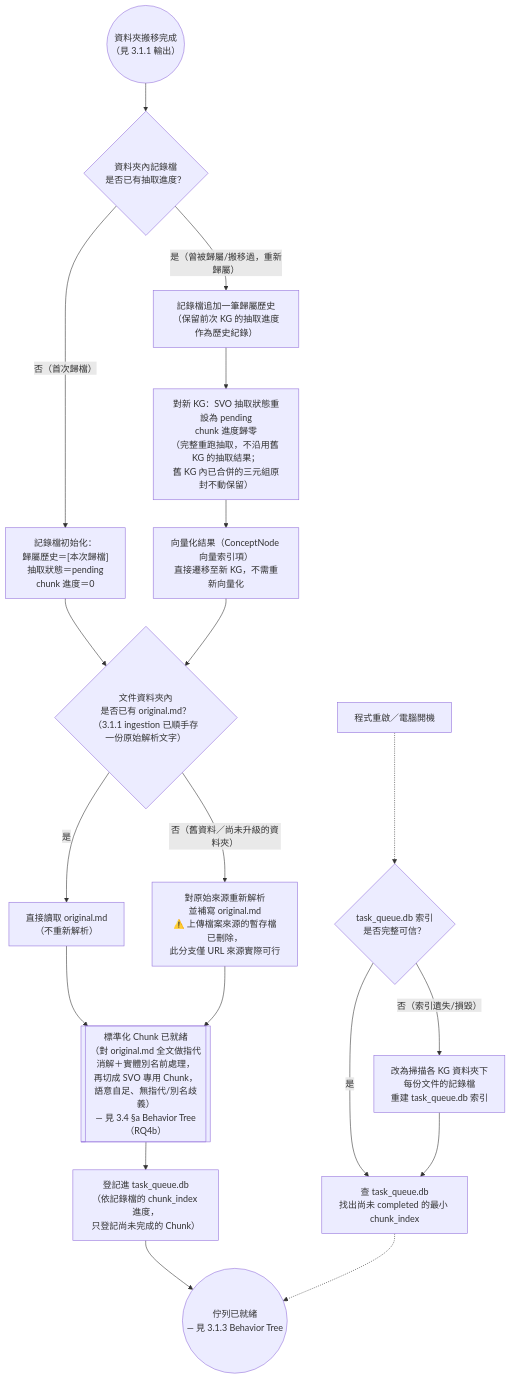
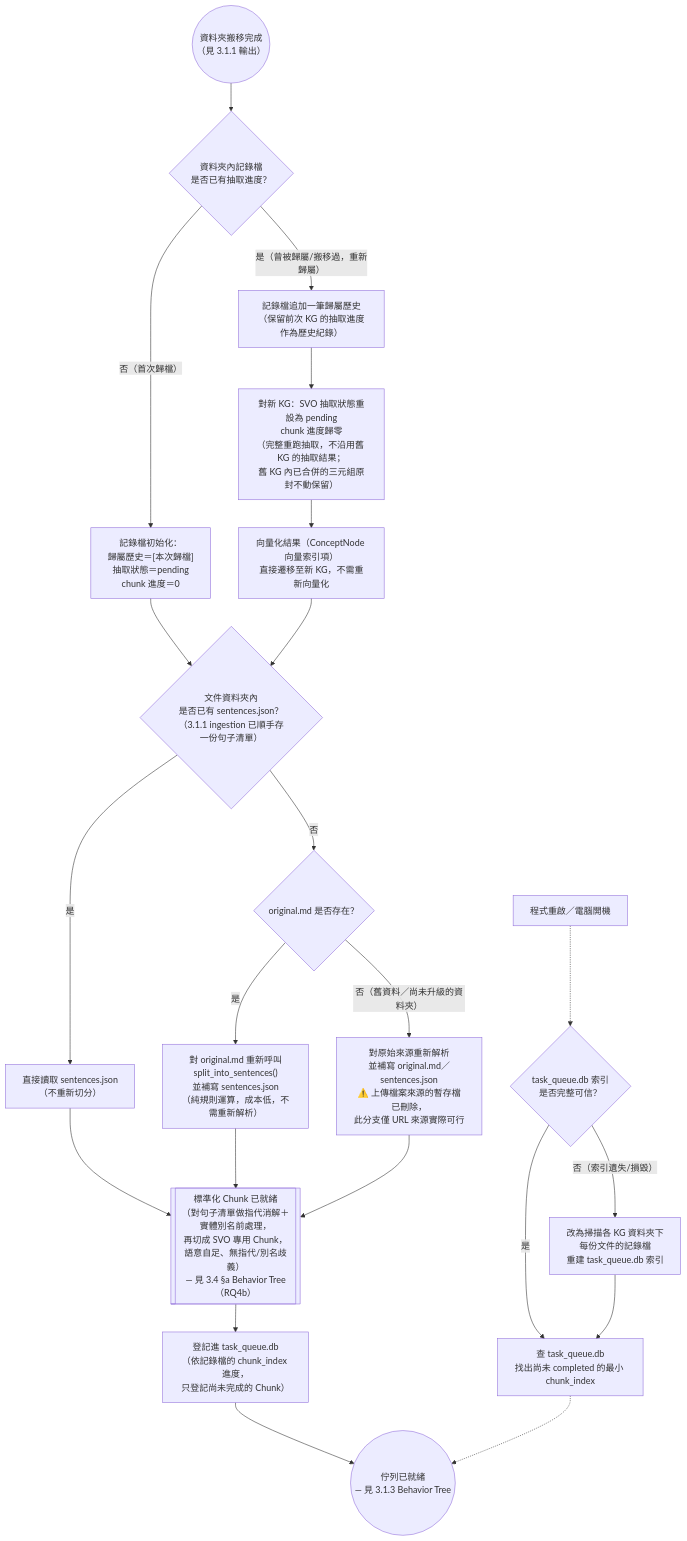
The fourth of 12 diagrams in docs/論文/03_系統設計與方法論.md (Chester930/world-knowledge-graph-rag), drawn with Mermaid before and after one commit. The commit also changed other lines of this file and 6 other files, not shown here.

First line of the commit message:
feat(ingestion): 3.1.1 順手存句子切分索引 sentences.json，3.1.2 改查句子清單而非原文

````diff
--- a/docs/論文/03_系統設計與方法論.md
+++ b/docs/論文/03_系統設計與方法論.md
@@ -164,26 +164,29 @@
 ```mermaid
 flowchart TD
     RECORD2(("資料夾搬移完成<br/>（見 3.1.1 輸出）")) --> HASRECORD{"資料夾內記錄檔<br/>是否已有抽取進度？"}
     HASRECORD -->|"否（首次歸檔）"| INITREC["記錄檔初始化：<br/>歸屬歷史＝[本次歸檔]<br/>抽取狀態＝pending<br/>chunk 進度＝0"]
     HASRECORD -->|"是（曾被歸屬/搬移過，重新歸屬）"| APPENDREC["記錄檔追加一筆歸屬歷史<br/>（保留前次 KG 的抽取進度作為歷史紀錄）"]
     APPENDREC --> RESETEXTRACT["對新 KG：SVO 抽取狀態重設為 pending<br/>chunk 進度歸零<br/>（完整重跑抽取，不沿用舊 KG 的抽取結果；<br/>舊 KG 內已合併的三元組原封不動保留）"]
     RESETEXTRACT --> MIGRATEVEC["向量化結果（ConceptNode 向量索引項）<br/>直接遷移至新 KG，不需重新向量化"]
 
-    INITREC --> GETORIG
-    MIGRATEVEC --> GETORIG
+    INITREC --> GETSENT
+    MIGRATEVEC --> GETSENT
 
-    GETORIG{"文件資料夾內<br/>是否已有 original.md？<br/>（3.1.1 ingestion 已順手存一份原始解析文字）"}
-    GETORIG -->|是| READORIG["直接讀取 original.md<br/>（不重新解析）"]
-    GETORIG -->|"否（舊資料／尚未升級的資料夾）"| REPARSE["對原始來源重新解析<br/>並補寫 original.md<br/>⚠️ 上傳檔案來源的暫存檔已刪除，<br/>此分支僅 URL 來源實際可行"]
-    READORIG --> CHUNKREADY
+    GETSENT{"文件資料夾內<br/>是否已有 sentences.json？<br/>（3.1.1 ingestion 已順手存一份句子清單）"}
+    GETSENT -->|是| READSENT["直接讀取 sentences.json<br/>（不重新切分）"]
+    GETSENT -->|否| CHECKORIG{"original.md 是否存在？"}
+    CHECKORIG -->|是| RESPLIT["對 original.md 重新呼叫<br/>split_into_sentences()<br/>並補寫 sentences.json<br/>（純規則運算，成本低，不需重新解析）"]
+    CHECKORIG -->|"否（舊資料／尚未升級的資料夾）"| REPARSE["對原始來源重新解析<br/>並補寫 original.md／sentences.json<br/>⚠️ 上傳檔案來源的暫存檔已刪除，<br/>此分支僅 URL 來源實際可行"]
+    READSENT --> CHUNKREADY
+    RESPLIT --> CHUNKREADY
     REPARSE --> CHUNKREADY
 
-    CHUNKREADY[["標準化 Chunk 已就緒<br/>（對 original.md 全文做指代消解＋實體別名前處理，<br/>再切成 SVO 專用 Chunk，語意自足、無指代/別名歧義）<br/>— 見 3.4 §a Behavior Tree（RQ4b）"]] --> ENQUEUE["登記進 task_queue.db<br/>（依記錄檔的 chunk_index 進度，<br/>只登記尚未完成的 Chunk）"]
+    CHUNKREADY[["標準化 Chunk 已就緒<br/>（對句子清單做指代消解＋實體別名前處理，<br/>再切成 SVO 專用 Chunk，語意自足、無指代/別名歧義）<br/>— 見 3.4 §a Behavior Tree（RQ4b）"]] --> ENQUEUE["登記進 task_queue.db<br/>（依記錄檔的 chunk_index 進度，<br/>只登記尚未完成的 Chunk）"]
     ENQUEUE --> READY(("佇列已就緒<br/>— 見 3.1.3 Behavior Tree"))
 
     RESTART["程式重啟／電腦開機"] -.-> TRUST{"task_queue.db 索引<br/>是否完整可信？"}
     TRUST -->|是| SCAN["查 task_queue.db<br/>找出尚未 completed 的最小 chunk_index"]
     TRUST -->|"否（索引遺失/損毀）"| REBUILD["改為掃描各 KG 資料夾下<br/>每份文件的記錄檔<br/>重建 task_queue.db 索引"]
     REBUILD --> SCAN
     SCAN -.-> READY
 ```
````
